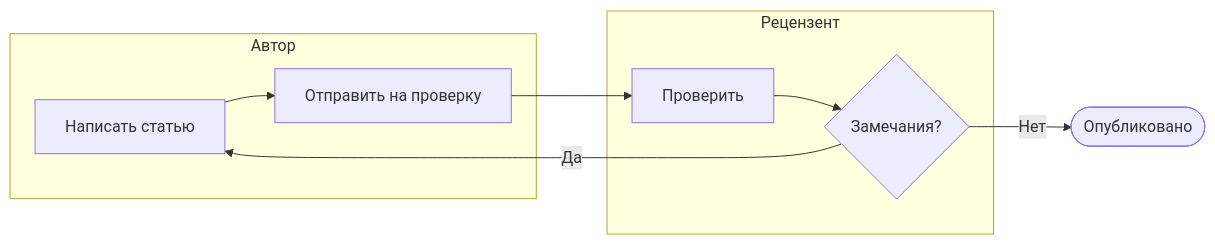
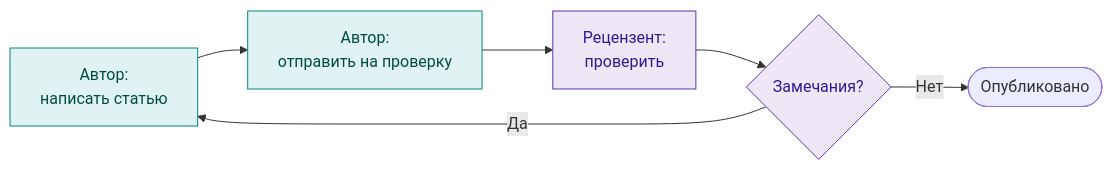
The diagram in docs/index.md (DmitryKhilko/sps), drawn with Mermaid before and after one commit.

Commit message:
Доработка схемы

````diff
--- a/docs/index.md
+++ b/docs/index.md
@@ -29,12 +29,13 @@
 ```mermaid
 flowchart LR
-    subgraph Автор
-        A[Написать статью] --> B[Отправить на проверку]
-    end
-    subgraph Рецензент
-        C[Проверить] --> D{Замечания?}
-    end
-    B --> C
+    A["Автор:<br>написать статью"] --> B["Автор:<br>отправить на проверку"]
+    B --> C["Рецензент:<br>проверить"]
+    C --> D{Замечания?}
+    D -->|Нет| E([Опубликовано])
     D -->|Да| A
-    D -->|Нет| E([Опубликовано])
+
+    classDef author fill:#e0f2f1,stroke:#00897b,color:#004d40
+    classDef reviewer fill:#ede7f6,stroke:#5e35b1,color:#311b92
+    class A,B author
+    class C,D reviewer
 ```
````
